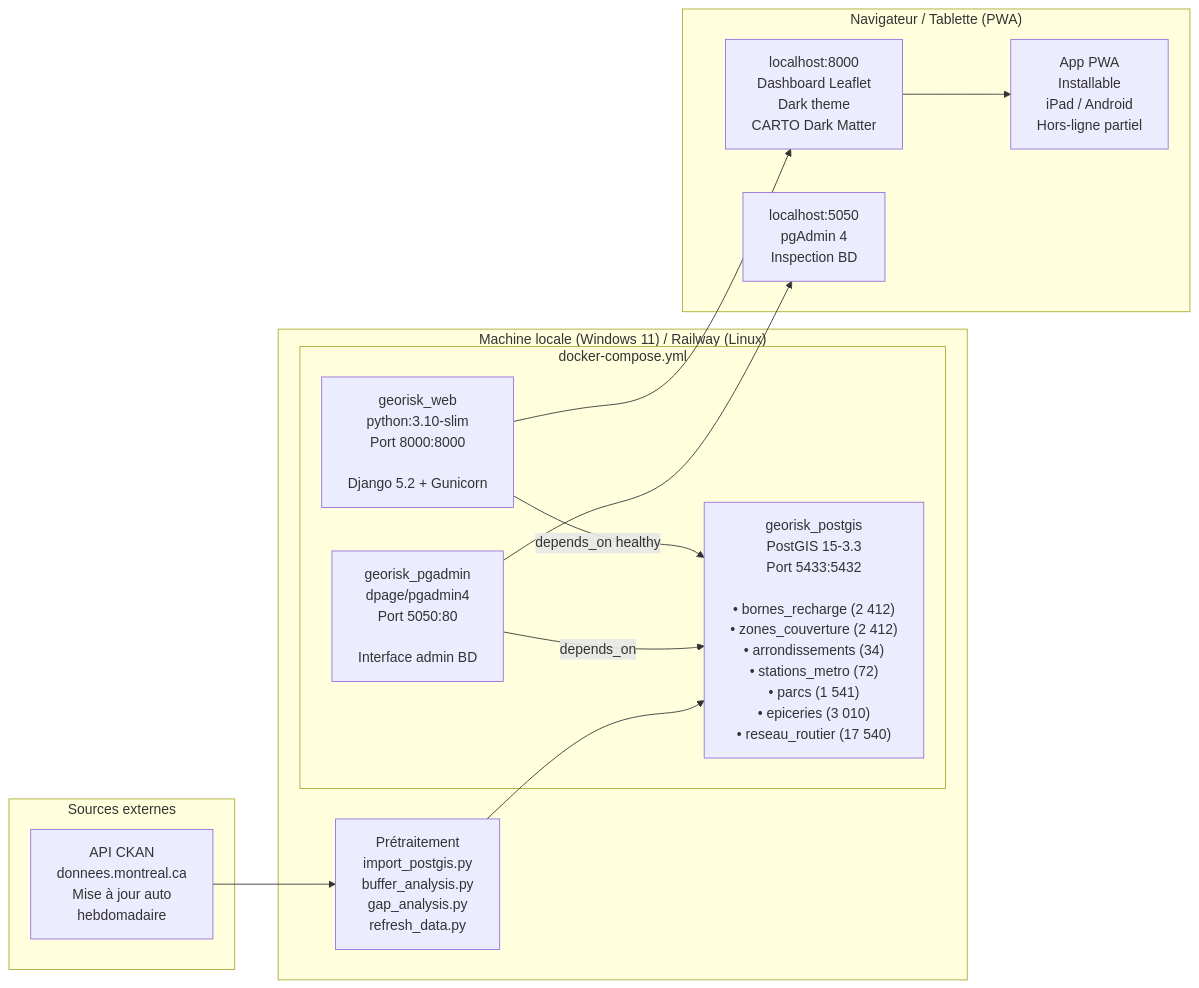
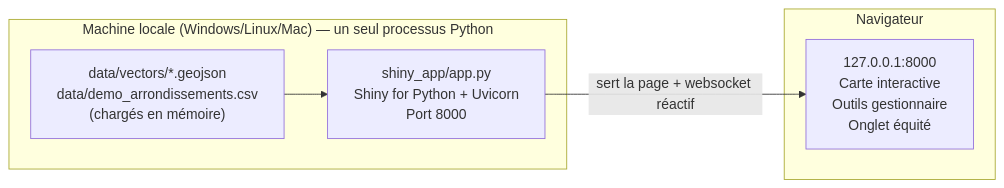
One commit to modou5604501/projet_Session changed the second of 4 diagrams in DIAGRAMME_MERMAID.md. Above: the diagram before and after it, drawn with Mermaid. The commit also changed other lines of this file and 5 other files, not shown here.

````diff
--- a/DIAGRAMME_MERMAID.md
+++ b/DIAGRAMME_MERMAID.md
@@ -58,29 +54,14 @@
 ```mermaid
 flowchart LR
-    subgraph HOST["Machine locale (Windows 11) / Railway (Linux)"]
-        subgraph DC["docker-compose.yml"]
-            PG["georisk_postgis\nPostGIS 15-3.3\nPort 5433:5432\n\n• bornes_recharge (2 412)\n• zones_couverture (2 412)\n• arrondissements (34)\n• stations_metro (72)\n• parcs (1 541)\n• epiceries (3 010)\n• reseau_routier (17 540)"]
-            PGA["georisk_pgadmin\ndpage/pgadmin4\nPort 5050:80\n\nInterface admin BD"]
-            WEB["georisk_web\npython:3.10-slim\nPort 8000:8000\n\nDjango 5.2 + Gunicorn"]
-        end
-        PRE["Prétraitement\nimport_postgis.py\nbuffer_analysis.py\ngap_analysis.py\nrefresh_data.py"]
+    subgraph HOST["Machine locale (Windows/Linux/Mac) — un seul processus Python"]
+        DATA["data/vectors/*.geojson\ndata/demo_arrondissements.csv\n(chargés en mémoire)"]
+        APP["shiny_app/app.py\nShiny for Python + Uvicorn\nPort 8000"]
+        DATA --> APP
     end
 
-    subgraph CLIENT["Navigateur / Tablette (PWA)"]
-        MAP["localhost:8000\nDashboard Leaflet\nDark theme\nCARTO Dark Matter"]
-        ADMIN["localhost:5050\npgAdmin 4\nInspection BD"]
-        PWA["App PWA\nInstallable\niPad / Android\nHors-ligne partiel"]
+    subgraph CLIENT["Navigateur"]
+        MAP["127.0.0.1:8000\nCarte interactive\nOutils gestionnaire\nOnglet équité"]
     end
 
-    subgraph EXT["Sources externes"]
-        CKAN["API CKAN\ndonnees.montreal.ca\nMise à jour auto\nhebdomadaire"]
-    end
-
-    WEB -- depends_on healthy --> PG
-    PGA -- depends_on --> PG
-    PRE --> PG
-    CKAN --> PRE
-    WEB --> MAP
-    PGA --> ADMIN
-    MAP --> PWA
+    APP -- "sert la page + websocket réactif" --> MAP
 ```
````
